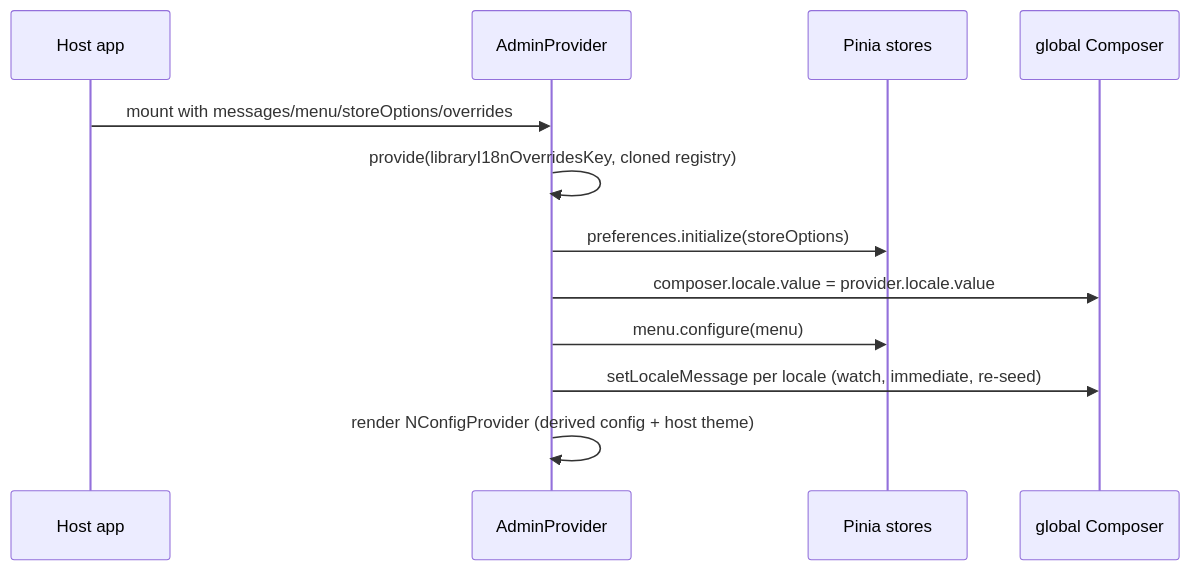
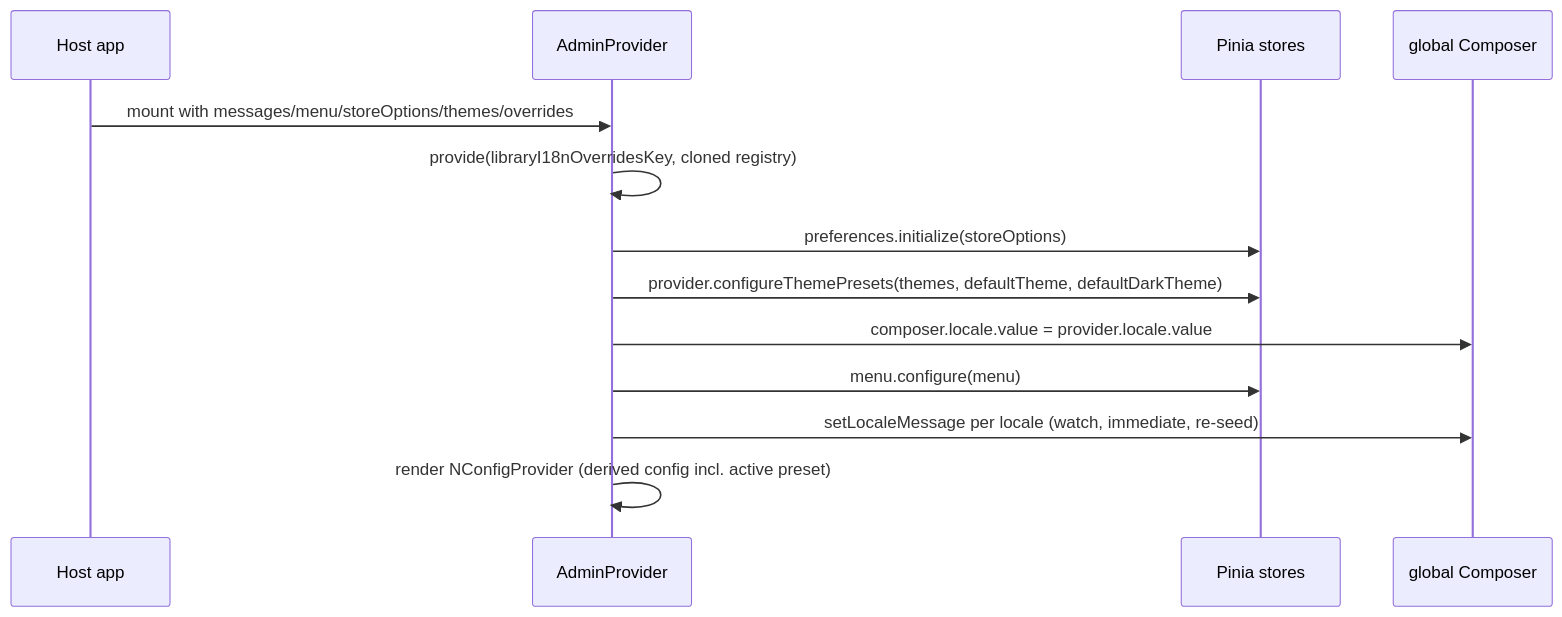
The diagram in openwiki/packages/admin/provider.md (hechang27-sprt/noob-components-v2), drawn with Mermaid before and after one commit. The commit also changed other lines of this file and 11 other files, not shown here.

````diff
--- a/openwiki/packages/admin/provider.md
+++ b/openwiki/packages/admin/provider.md
@@ -47,14 +52,15 @@
 ```mermaid
 sequenceDiagram
     participant H as Host app
     participant P as AdminProvider
     participant S as Pinia stores
     participant C as global Composer
-    H->>P: mount with messages/menu/storeOptions/overrides
+    H->>P: mount with messages/menu/storeOptions/themes/overrides
     P->>P: provide(libraryI18nOverridesKey, cloned registry)
     P->>S: preferences.initialize(storeOptions)
+    P->>S: provider.configureThemePresets(themes, defaultTheme, defaultDarkTheme)
     P->>C: composer.locale.value = provider.locale.value
     P->>S: menu.configure(menu)
     P->>C: setLocaleMessage per locale (watch, immediate, re-seed)
-    P->>P: render NConfigProvider (derived config + host theme)
+    P->>P: render NConfigProvider (derived config incl. active preset)
 ```
````
